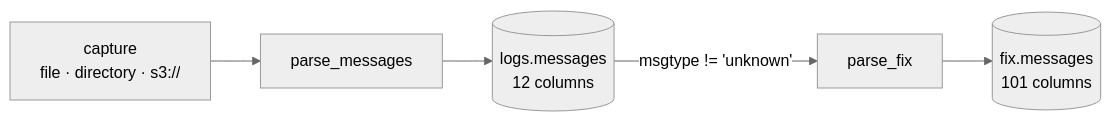
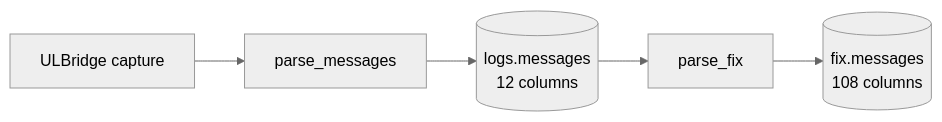
One commit to Platob/yggfin changed the diagram in docs/products/index.md. Above: the diagram before and after it, drawn with Mermaid (neutral theme). The commit also changed other lines of this file and 46 other files, not shown here.

````diff
--- a/docs/products/index.md
+++ b/docs/products/index.md
@@ -6,7 +5,7 @@
 ```mermaid
 flowchart LR
-    C["capture<br/>file · directory · s3://"] --> P1[parse_messages]
+    C["ULBridge capture"] --> P1[parse_messages]
     P1 --> M[("logs.messages<br/>12 columns")]
-    M -- "msgtype != 'unknown'" --> P2[parse_fix]
-    P2 --> F[("fix.messages<br/>101 columns")]
+    M --> P2[parse_fix]
+    P2 --> F[("fix.messages<br/>108 columns")]
 ```
````
